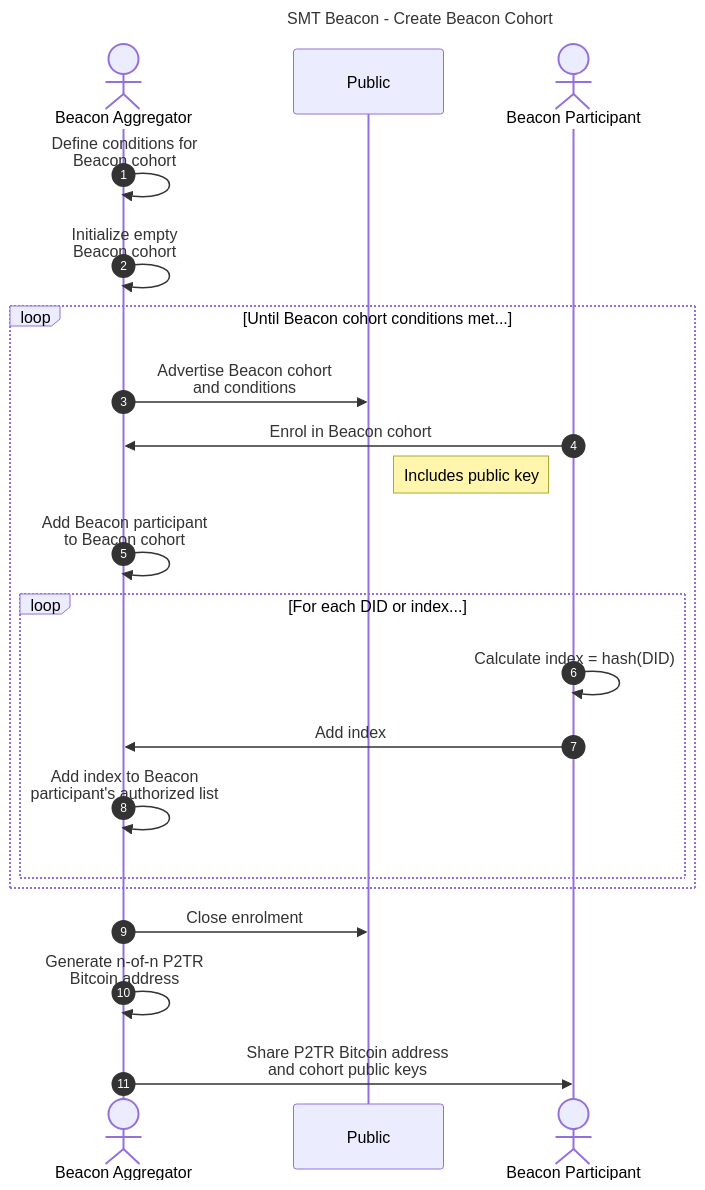
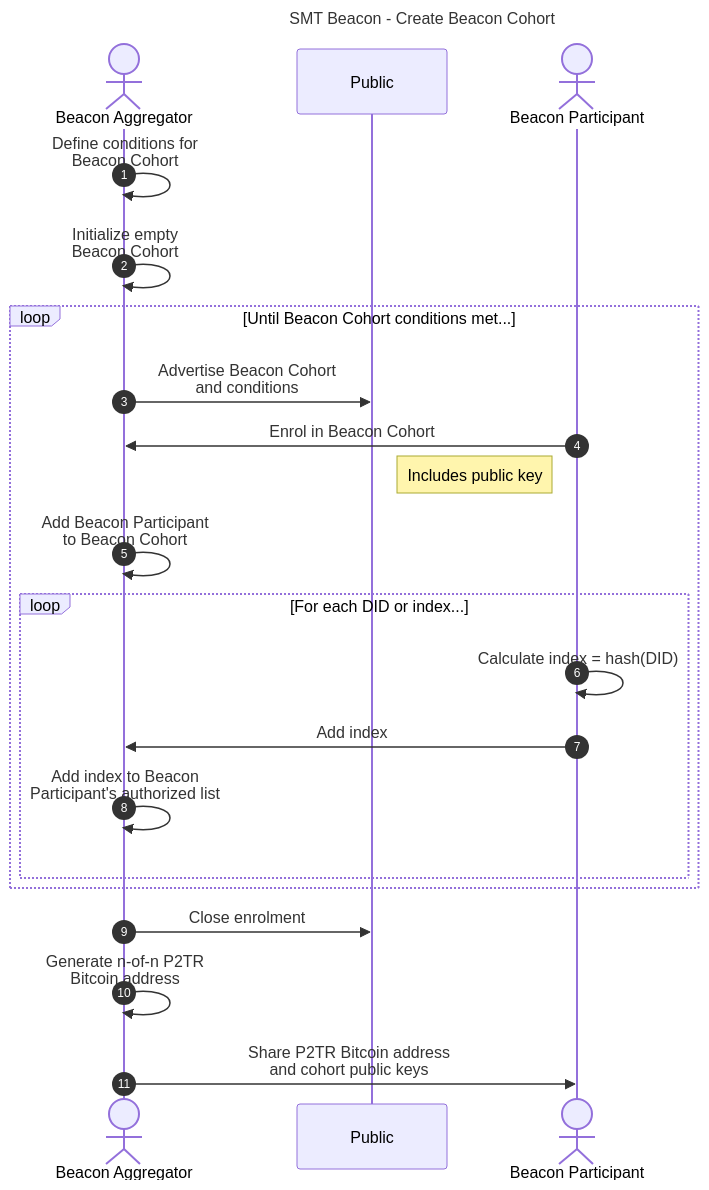
Before and after one commit to dcdpr/did-btc1: the third of 4 diagrams in chapters/Beacons.md, drawn with Mermaid. The commit also changed other lines of this file, not shown here.

````diff
--- a/chapters/Beacons.md
+++ b/chapters/Beacons.md
@@ -304,29 +304,29 @@
 ```mermaid
 sequenceDiagram
     autonumber
     title SMT Beacon - Create Beacon Cohort
 
     actor A as Beacon Aggregator
     participant P as Public
     actor R as Beacon Participant
 
-    A ->> A: Define conditions for<br/>Beacon cohort
-    A ->> A: Initialize empty<br/>Beacon cohort
+    A ->> A: Define conditions for<br/>Beacon Cohort
+    A ->> A: Initialize empty<br/>Beacon Cohort
 
-    loop Until Beacon cohort conditions met...
-        A ->> P: Advertise Beacon cohort<br/>and conditions
-        R ->> A: Enrol in Beacon cohort
+    loop Until Beacon Cohort conditions met...
+        A ->> P: Advertise Beacon Cohort<br/>and conditions
+        R ->> A: Enrol in Beacon Cohort
         note left of R: Includes public key
-        A ->> A: Add Beacon participant<br/>to Beacon cohort
+        A ->> A: Add Beacon Participant<br/>to Beacon Cohort
 
         loop For each DID or index...
             R ->> R: Calculate index = hash(DID)
             R ->> A: Add index
-            A ->> A: Add index to Beacon<br/>participant's authorized list
+            A ->> A: Add index to Beacon<br/>Participant's authorized list
         end
     end
 
     A ->> P: Close enrolment
     A ->> A: Generate n-of-n P2TR<br/>Bitcoin address
     A ->> R: Share P2TR Bitcoin address<br/>and cohort public keys
 ```
````
